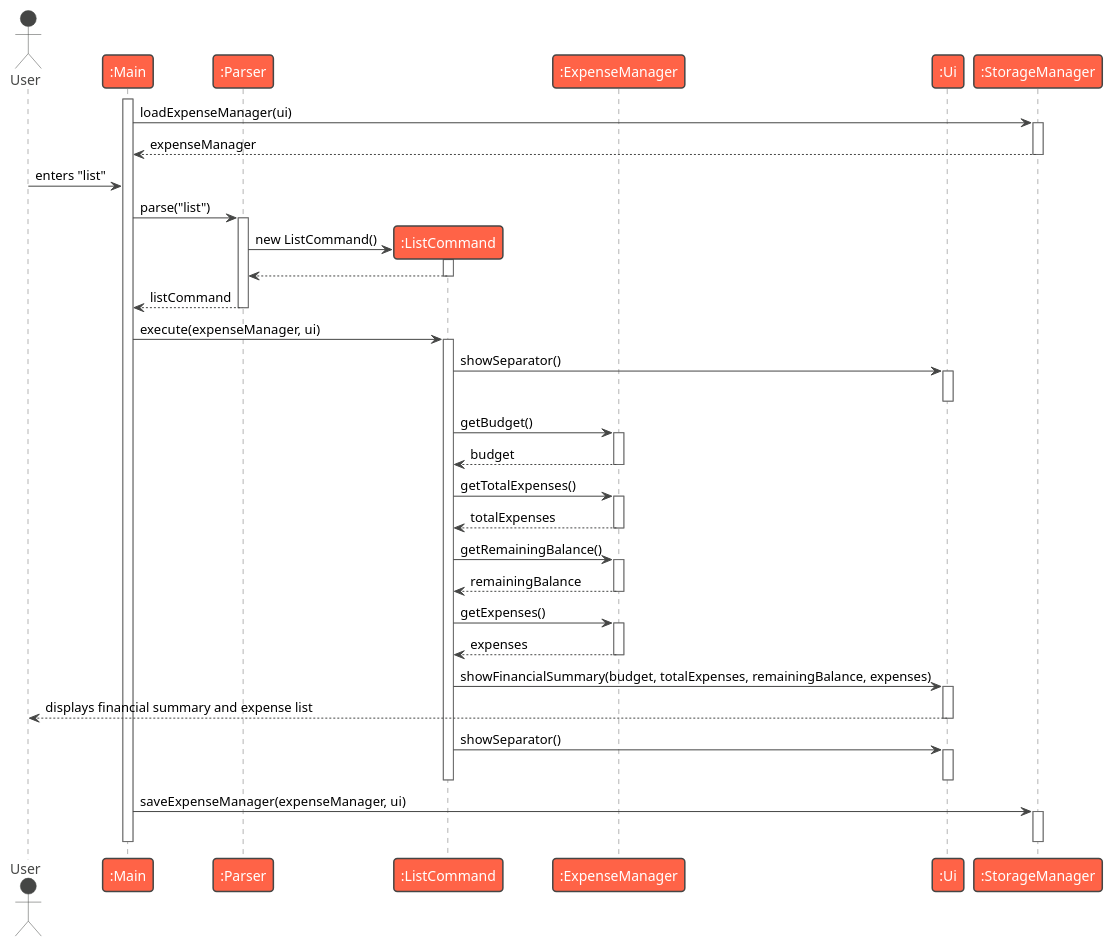
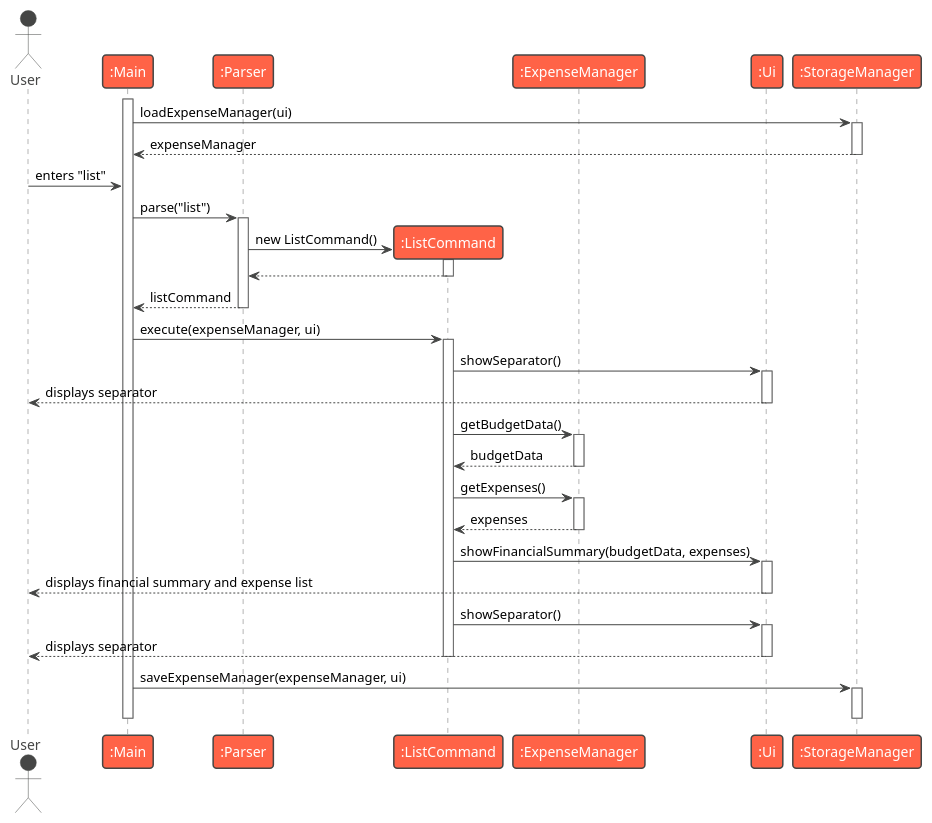
Before and after one commit to AY2526S1-CS2113-T11-2/tp: the diagram in docs/diagrams/list-sequence.puml, drawn with PlantUML. The commit also changed 3 other files, not shown here.

```diff
--- a/docs/diagrams/list-sequence.puml
+++ b/docs/diagrams/list-sequence.puml
@@ -1,74 +1,66 @@
 @startuml
 !theme vibrant
 actor User
 participant ":Main" as Main
 participant ":Parser" as Parser
 participant ":ListCommand" as ListCommand
 participant ":ExpenseManager" as ExpenseManager
 participant ":Ui" as Ui
 participant ":StorageManager" as StorageManager
 
 activate Main
 Main -> StorageManager : loadExpenseManager(ui)
 activate StorageManager
 StorageManager --> Main : expenseManager
 deactivate StorageManager
 
 User -> Main : enters "list"
 
 Main -> Parser : parse("list")
 activate Parser
 
 create ListCommand
 Parser -> ListCommand : new ListCommand()
 activate ListCommand
 ListCommand --> Parser
 deactivate ListCommand
 
 Parser --> Main : listCommand
 deactivate Parser
 
 Main -> ListCommand : execute(expenseManager, ui)
 activate ListCommand
 
 ListCommand -> Ui : showSeparator()
 activate Ui
+Ui --> User : displays separator
 deactivate Ui
 
-ListCommand -> ExpenseManager : getBudget()
+ListCommand -> ExpenseManager : getBudgetData()
 activate ExpenseManager
-ExpenseManager --> ListCommand : budget
-deactivate ExpenseManager
-
-ListCommand -> ExpenseManager : getTotalExpenses()
-activate ExpenseManager
-ExpenseManager --> ListCommand : totalExpenses
-deactivate ExpenseManager
-
-ListCommand -> ExpenseManager : getRemainingBalance()
-activate ExpenseManager
-ExpenseManager --> ListCommand : remainingBalance
+ExpenseManager --> ListCommand : budgetData
 deactivate ExpenseManager
 
 ListCommand -> ExpenseManager : getExpenses()
 activate ExpenseManager
 ExpenseManager --> ListCommand : expenses
 deactivate ExpenseManager
 
-ListCommand -> Ui : showFinancialSummary(budget, totalExpenses, remainingBalance, expenses)
+ListCommand -> Ui : showFinancialSummary(budgetData, expenses)
 activate Ui
 Ui --> User : displays financial summary and expense list
 deactivate Ui
 
 ListCommand -> Ui : showSeparator()
 activate Ui
+Ui --> User : displays separator
 deactivate Ui
 
 deactivate ListCommand
 
 Main -> StorageManager : saveExpenseManager(expenseManager, ui)
 activate StorageManager
 deactivate StorageManager
 
 deactivate Main
 @enduml
```
